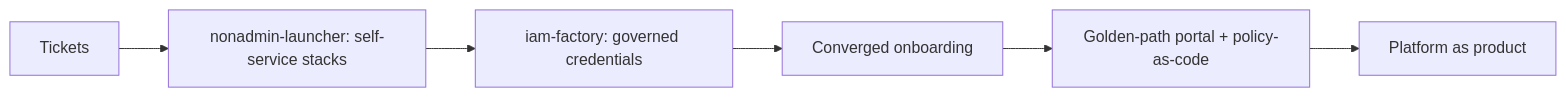
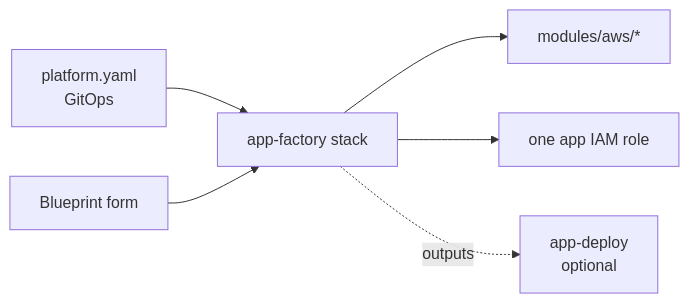
The diagram in README.md (Jnesspace/platform-engineering), drawn with Mermaid before and after one commit. The commit also changed other lines of this file and 146 other files, not shown here.

First line of the commit message:
Simplify platform factories and harden cloud modules

````diff
--- a/README.md
+++ b/README.md
@@ -45,8 +13,8 @@
 ```mermaid
 flowchart LR
-    t[Tickets] --> l[nonadmin-launcher: self-service stacks]
-    l --> c[iam-factory: governed credentials]
-    c --> cv[Converged onboarding]
-    cv --> gp[Golden-path portal + policy-as-code]
-    gp --> pp[Platform as product]
+    y[platform.yaml<br/>GitOps] --> af[app-factory stack]
+    f[Blueprint form] --> af
+    af --> m[modules/aws/*]
+    af --> r[one app IAM role]
+    af -. outputs .-> d[app-deploy<br/>optional]
 ```
````
